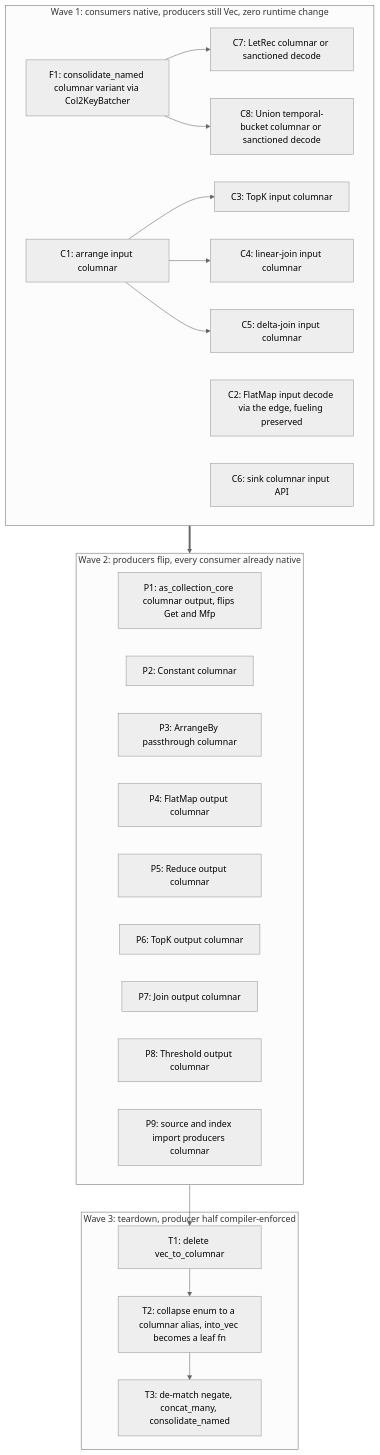
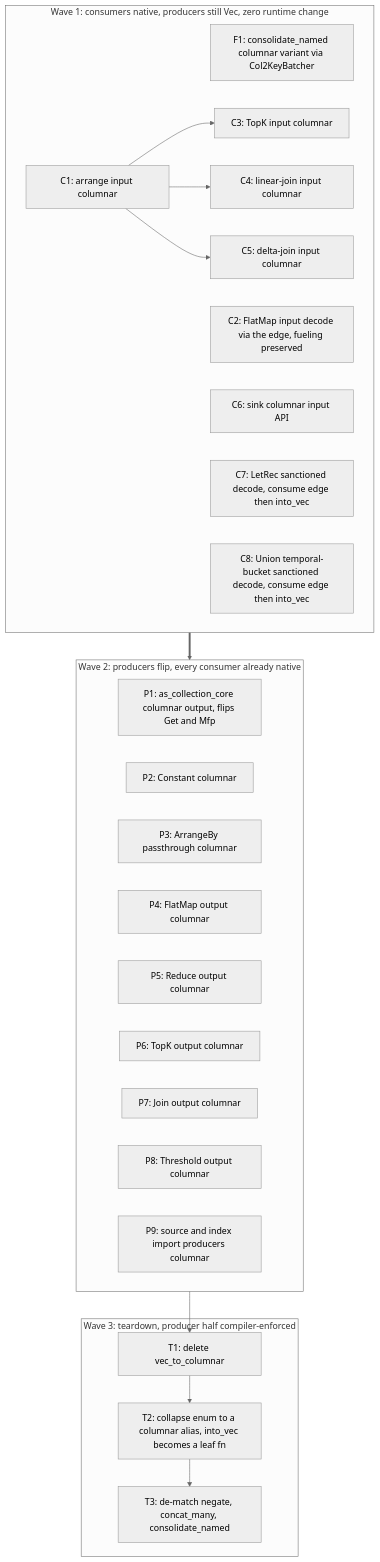
The diagram in doc/developer/design/20260720_columnar_dataflow_edges.md (MaterializeInc/materialize), drawn with Mermaid (neutral theme) before and after one commit. The commit also changed other lines of this file, not shown here.

````diff
--- a/doc/developer/design/20260720_columnar_dataflow_edges.md
+++ b/doc/developer/design/20260720_columnar_dataflow_edges.md
@@ -137,39 +143,37 @@
 ```mermaid
 graph TD
   subgraph Wave1["Wave 1: consumers native, producers still Vec, zero runtime change"]
     F1["F1: consolidate_named columnar variant via Col2KeyBatcher"]
     C1["C1: arrange input columnar"]
     C2["C2: FlatMap input decode via the edge, fueling preserved"]
     C3["C3: TopK input columnar"]
     C4["C4: linear-join input columnar"]
     C5["C5: delta-join input columnar"]
     C6["C6: sink columnar input API"]
-    C7["C7: LetRec columnar or sanctioned decode"]
-    C8["C8: Union temporal-bucket columnar or sanctioned decode"]
+    C7["C7: LetRec sanctioned decode, consume edge then into_vec"]
+    C8["C8: Union temporal-bucket sanctioned decode, consume edge then into_vec"]
   end
   subgraph Wave2["Wave 2: producers flip, every consumer already native"]
     P1["P1: as_collection_core columnar output, flips Get and Mfp"]
     P2["P2: Constant columnar"]
     P3["P3: ArrangeBy passthrough columnar"]
     P4["P4: FlatMap output columnar"]
     P5["P5: Reduce output columnar"]
     P6["P6: TopK output columnar"]
     P7["P7: Join output columnar"]
     P8["P8: Threshold output columnar"]
     P9["P9: source and index import producers columnar"]
   end
   subgraph Wave3["Wave 3: teardown, producer half compiler-enforced"]
     T1["T1: delete vec_to_columnar"]
     T2["T2: collapse enum to a columnar alias, into_vec becomes a leaf fn"]
     T3["T3: de-match negate, concat_many, consolidate_named"]
   end
-  F1 --> C7
-  F1 --> C8
   C1 --> C3
   C1 --> C4
   C1 --> C5
   Wave1 ==> Wave2
   Wave2 --> T1
   T1 --> T2
   T2 --> T3
 ```
````
